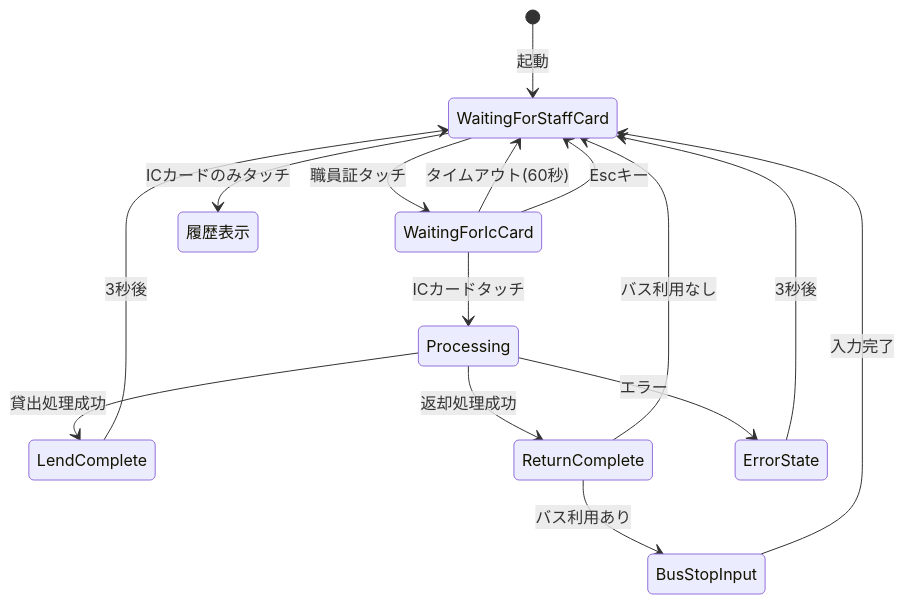
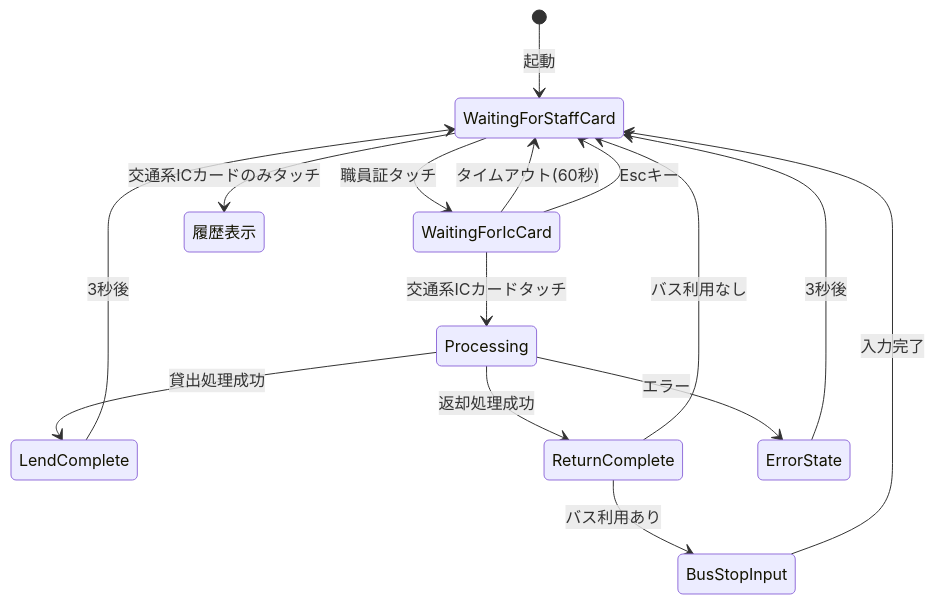
The second of 2 diagrams in ICCardManager/docs/design/03_画面設計書.md (kuwayamamasayuki/ICCardManager), drawn with Mermaid before and after one commit. The commit also changed other lines of this file and 6 other files, not shown here.

````diff
--- a/ICCardManager/docs/design/03_画面設計書.md
+++ b/ICCardManager/docs/design/03_画面設計書.md
@@ -186,23 +186,23 @@
 ```mermaid
 stateDiagram-v2
     [*] --> WaitingForStaffCard: 起動
 
     WaitingForStaffCard --> WaitingForIcCard: 職員証タッチ
-    WaitingForStaffCard --> 履歴表示: ICカードのみタッチ
+    WaitingForStaffCard --> 履歴表示: 交通系ICカードのみタッチ
 
-    WaitingForIcCard --> Processing: ICカードタッチ
+    WaitingForIcCard --> Processing: 交通系ICカードタッチ
     WaitingForIcCard --> WaitingForStaffCard: タイムアウト(60秒)
     WaitingForIcCard --> WaitingForStaffCard: Escキー
 
     Processing --> LendComplete: 貸出処理成功
     Processing --> ReturnComplete: 返却処理成功
     Processing --> ErrorState: エラー
 
     LendComplete --> WaitingForStaffCard: 3秒後
     ReturnComplete --> BusStopInput: バス利用あり
     ReturnComplete --> WaitingForStaffCard: バス利用なし
 
     BusStopInput --> WaitingForStaffCard: 入力完了
 
     ErrorState --> WaitingForStaffCard: 3秒後
 ```
````
